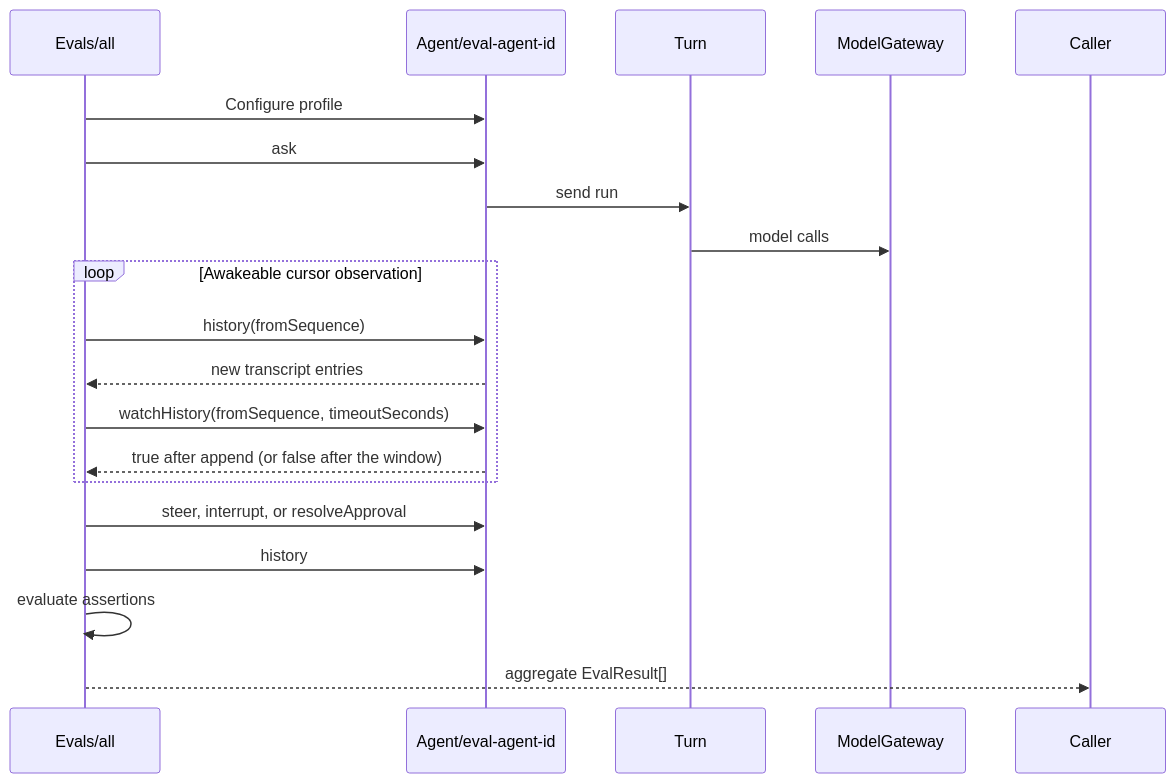
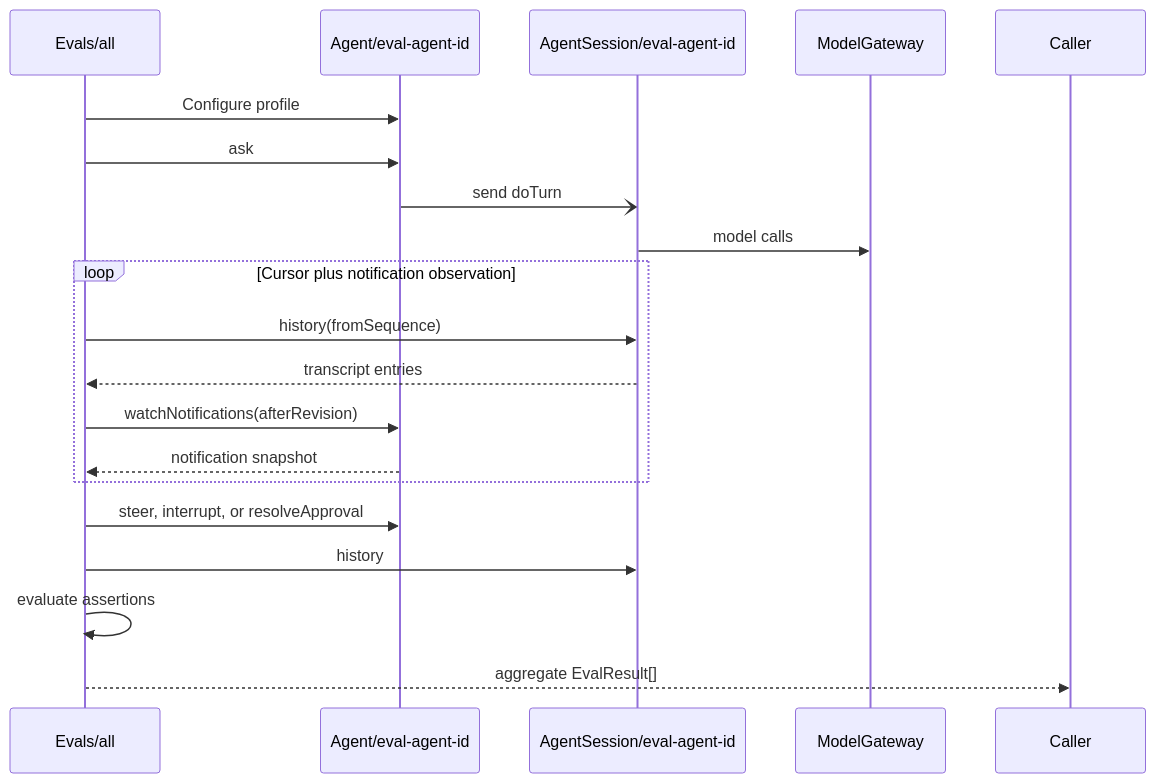
The diagram in docs/evals.md (restatedev/agent), drawn with Mermaid before and after one commit. The commit also changed other lines of this file and 10 other files, not shown here.

Commit message:
docs: align guides with agent session architecture

````diff
--- a/docs/evals.md
+++ b/docs/evals.md
@@ -13,24 +13,24 @@
 ```mermaid
 sequenceDiagram
   participant E as Evals/all
   participant A as Agent/eval-agent-id
-  participant T as Turn
+  participant S as AgentSession/eval-agent-id
   participant M as ModelGateway
 
   E->>A: Configure profile
   E->>A: ask
-  A->>T: send run
-  T->>M: model calls
+  A-)S: send doTurn
+  S->>M: model calls
 
-  loop Awakeable cursor observation
-    E->>A: history(fromSequence)
-    A-->>E: new transcript entries
-    E->>A: watchHistory(fromSequence, timeoutSeconds)
-    A-->>E: true after append (or false after the window)
+  loop Cursor plus notification observation
+    E->>S: history(fromSequence)
+    S-->>E: transcript entries
+    E->>A: watchNotifications(afterRevision)
+    A-->>E: notification snapshot
   end
 
   E->>A: steer, interrupt, or resolveApproval
-  E->>A: history
+  E->>S: history
   E->>E: evaluate assertions
   E-->>Caller: aggregate EvalResult[]
 ```
````
